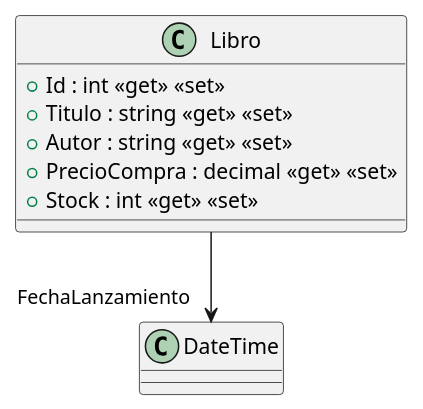
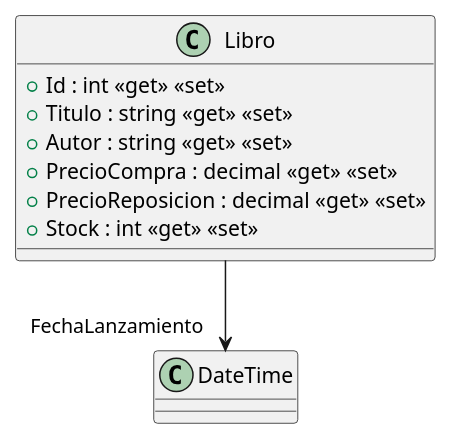
One commit to ISII2627NeedMoneyForMac/ISII2627NeedMoneyForMac changed the diagram in src/AppForSEII.API/ClassDiagram/Libro.puml. Above: the diagram before and after it, drawn with PlantUML. The commit also changed 3 other files, not shown here.

```diff
--- a/src/AppForSEII.API/ClassDiagram/Libro.puml
+++ b/src/AppForSEII.API/ClassDiagram/Libro.puml
@@ -1,10 +1,11 @@
 @startuml
 class Libro {
     + Id : int <<get>> <<set>>
     + Titulo : string <<get>> <<set>>
     + Autor : string <<get>> <<set>>
     + PrecioCompra : decimal <<get>> <<set>>
+    + PrecioReposicion : decimal <<get>> <<set>>
     + Stock : int <<get>> <<set>>
 }
 Libro --> "FechaLanzamiento" DateTime
 @enduml
```
